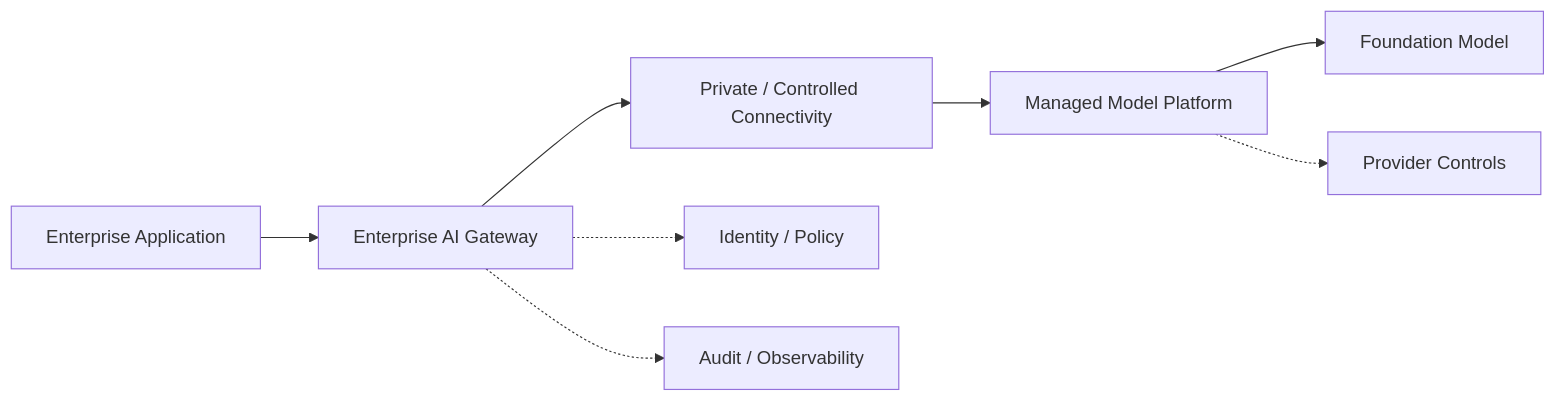
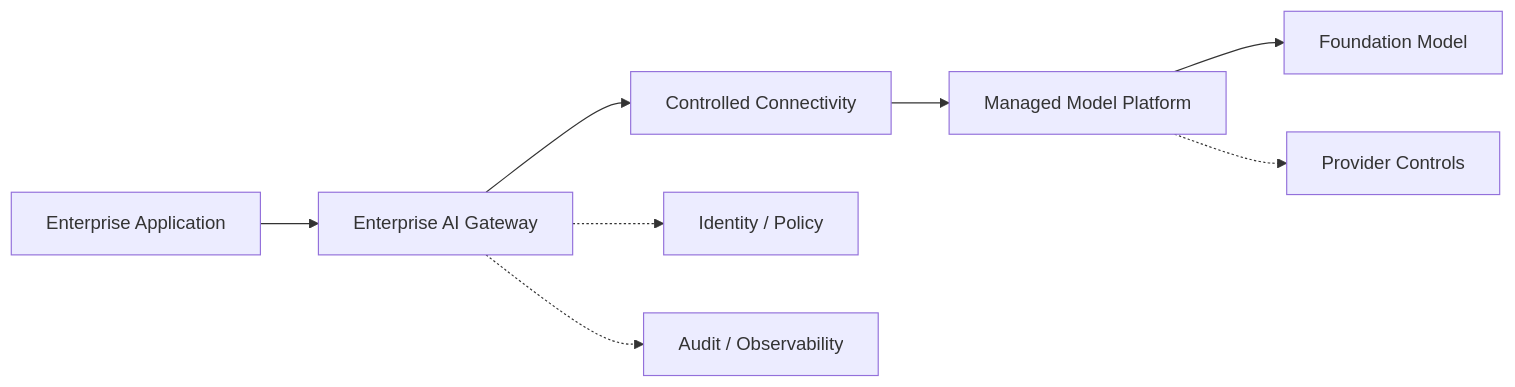
The third of 12 diagrams in docs/chapters/09-enterprise-llm-architecture.md (huda-salam/ai-architecture-advisor-book), drawn with Mermaid before and after one commit. The commit also changed other lines of this file, not shown here.

Commit message:
Harden Chapter 9 enterprise LLM architecture foundation

````diff
--- a/docs/chapters/09-enterprise-llm-architecture.md
+++ b/docs/chapters/09-enterprise-llm-architecture.md
@@ -129,11 +156,11 @@
 ```mermaid
 flowchart LR
     A[Enterprise Application] --> B[Enterprise AI Gateway]
-    B --> C[Private / Controlled Connectivity]
+    B --> C[Controlled Connectivity]
     C --> D[Managed Model Platform]
     D --> E[Foundation Model]
 
     B -.-> F[Identity / Policy]
     B -.-> G[Audit / Observability]
     D -.-> H[Provider Controls]
 ```
````
